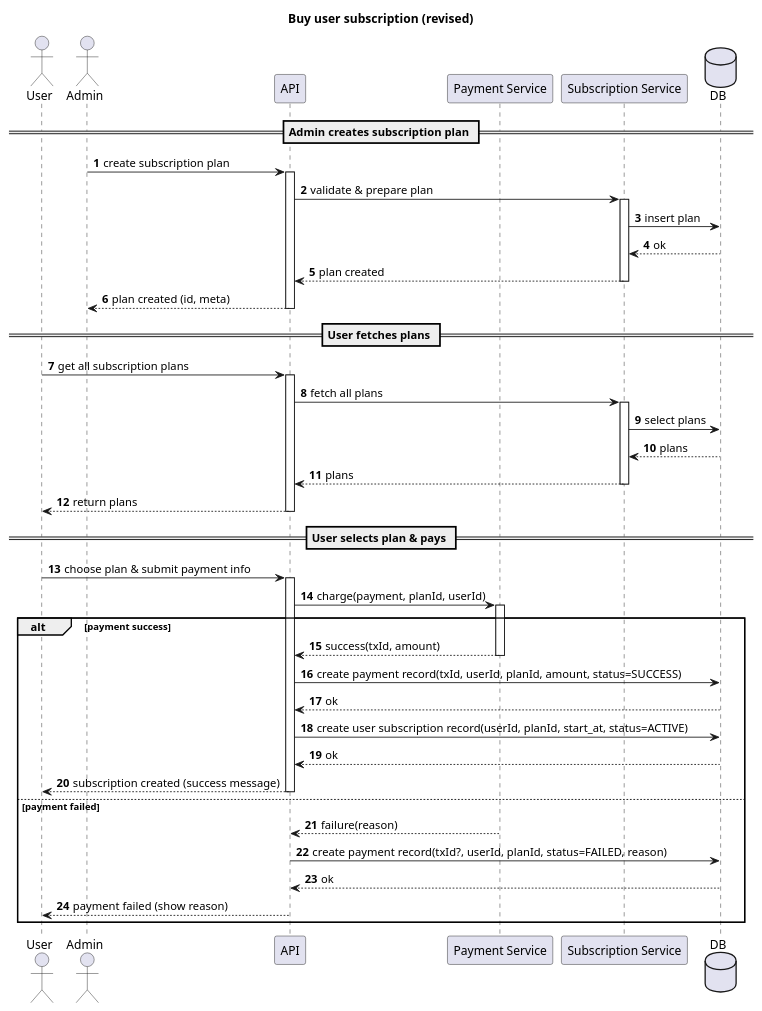
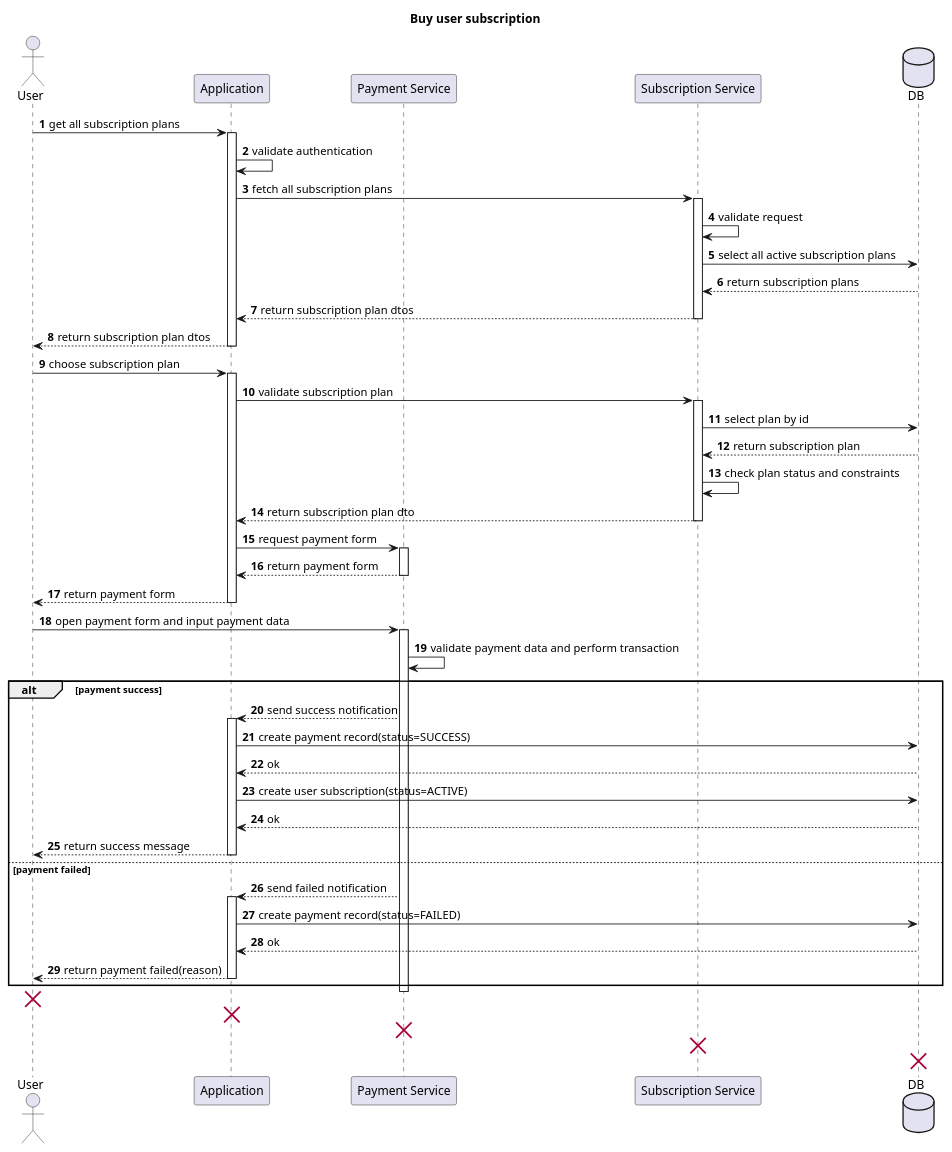
One commit to StudentPP1/KPI changed the diagram in lab3/buy-subscription.puml. Above: the diagram before and after it, drawn with PlantUML. The commit also changed 4 other files, not shown here.

Commit message:
add second diagram & refactor buy sub

```diff
--- a/lab3/buy-subscription.puml
+++ b/lab3/buy-subscription.puml
@@ -1,60 +1,70 @@
 @startuml
-title Buy user subscription (revised)
+title Buy user subscription
 autonumber
 
 actor User
-actor Admin
-participant API
+participant Application
 participant "Payment Service" as PS
 participant "Subscription Service" as SP
 database "DB" as DB
 
-== Admin creates subscription plan ==
-Admin -> API : create subscription plan
-activate API
-API -> SP : validate & prepare plan
+User -> Application : get all subscription plans
+activate Application
+Application -> Application : validate authentication
+Application -> SP : fetch all subscription plans
 activate SP
-SP -> DB : insert plan
-DB --> SP : ok
-SP --> API : plan created
+SP -> SP : validate request
+SP -> DB : select all active subscription plans
+DB --> SP : return subscription plans
+SP --> Application : return subscription plan dtos
 deactivate SP
-API --> Admin : plan created (id, meta)
-deactivate API
+Application --> User : return subscription plan dtos
+deactivate Application
 
-== User fetches plans ==
-User -> API : get all subscription plans
-activate API
-API -> SP : fetch all plans
+User -> Application : choose subscription plan
+activate Application
+Application -> SP : validate subscription plan
 activate SP
-SP -> DB : select plans
-DB --> SP : plans
-SP --> API : plans
+SP -> DB : select plan by id
+DB --> SP : return subscription plan
+SP -> SP : check plan status and constraints
+SP --> Application : return subscription plan dto
 deactivate SP
-API --> User : return plans
-deactivate API
 
-== User selects plan & pays ==
-User -> API : choose plan & submit payment info
-activate API
-API -> PS : charge(payment, planId, userId)
+Application -> PS : request payment form
 activate PS
+PS --> Application : return payment form
+deactivate PS
+Application --> User : return payment form
+deactivate Application
+
+User -> PS : open payment form and input payment data
+activate PS
+PS -> PS : validate payment data and perform transaction
 
 alt payment success
-  PS --> API : success(txId, amount)
-  deactivate PS
-  API -> DB : create payment record(txId, userId, planId, amount, status=SUCCESS)
-  DB --> API : ok
-  API -> DB : create user subscription record(userId, planId, start_at, status=ACTIVE)
-  DB --> API : ok
-  API --> User : subscription created (success message)
-  deactivate API
+  PS --> Application : send success notification
+  activate Application
+  Application -> DB : create payment record(status=SUCCESS)
+  DB --> Application : ok
+  Application -> DB : create user subscription(status=ACTIVE)
+  DB --> Application : ok
+  Application --> User : return success message
+  deactivate Application
 else payment failed
-  PS --> API : failure(reason)
-  deactivate PS
-  API -> DB : create payment record(txId?, userId, planId, status=FAILED, reason)
-  DB --> API : ok
-  API --> User : payment failed (show reason)
-  deactivate API
+  PS --> Application : send failed notification
+  activate Application
+  Application -> DB : create payment record(status=FAILED)
+  DB --> Application : ok
+  Application --> User : return payment failed(reason)
+  deactivate Application
 end
+deactivate PS
+
+destroy User
+destroy Application
+destroy PS
+destroy SP
+destroy DB
 
 @enduml
```
